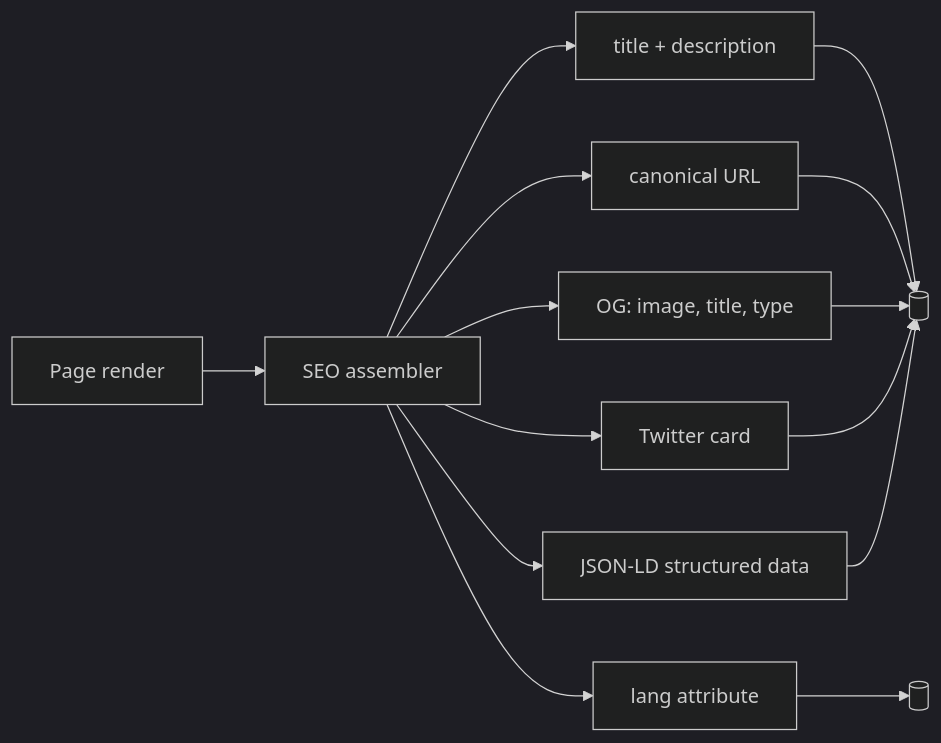
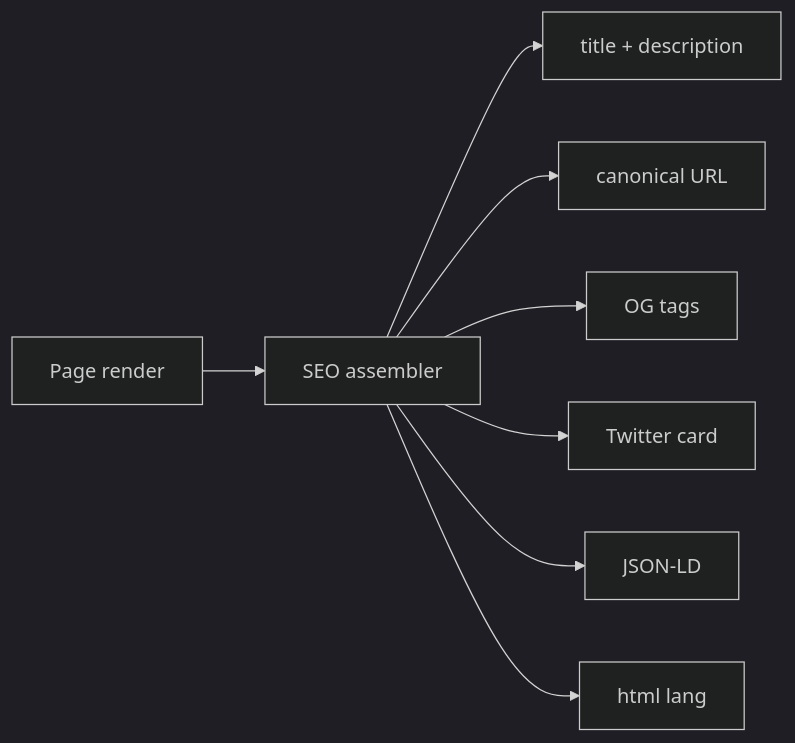
Before and after one commit to aayushman-singh/open-canvas: diagram 22 of 35 in docs/demo/diagrams/live-draw-reference.md, drawn with Mermaid (dark theme). The commit also changed other lines of this file and 1 other file, not shown here.

````diff
--- a/docs/demo/diagrams/live-draw-reference.md
+++ b/docs/demo/diagrams/live-draw-reference.md
@@ -664,16 +716,10 @@
 ```mermaid
 flowchart LR
-  page[Page render] --> assembler[SEO assembler]
-  assembler --> title[title + description]
-  assembler --> canon[canonical URL]
-  assembler --> og[OG: image, title, type]
-  assembler --> tw[Twitter card]
-  assembler --> jsonld[JSON-LD structured data]
-  assembler --> lang[lang attribute]
-  title --> head[(<head>)]
-  canon --> head
-  og --> head
-  tw --> head
-  jsonld --> head
-  lang --> html[(<html lang>)]
+  page[Page render] --> asm[SEO assembler]
+  asm --> title[title + description]
+  asm --> canon[canonical URL]
+  asm --> og[OG tags]
+  asm --> tw[Twitter card]
+  asm --> jsonld[JSON-LD]
+  asm --> lang[html lang]
 ```
````
